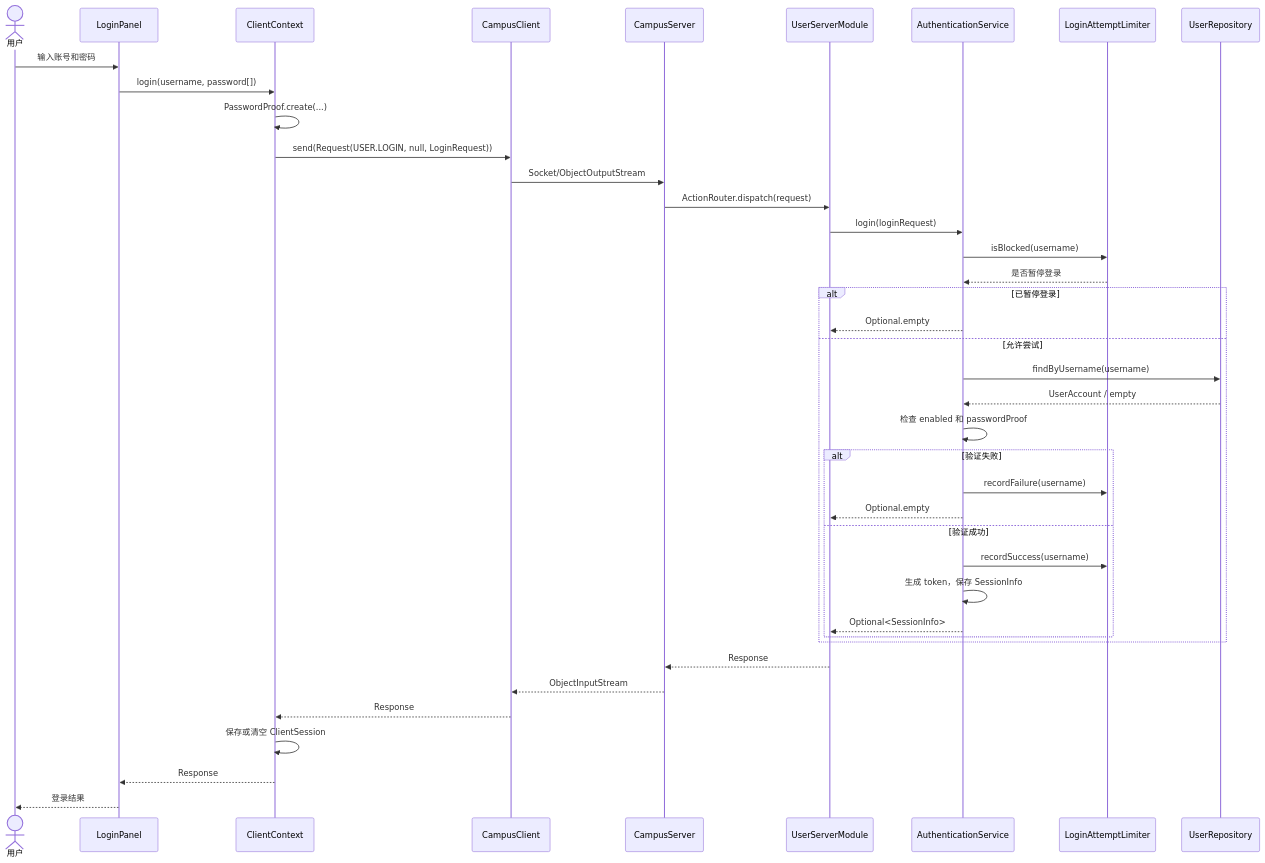
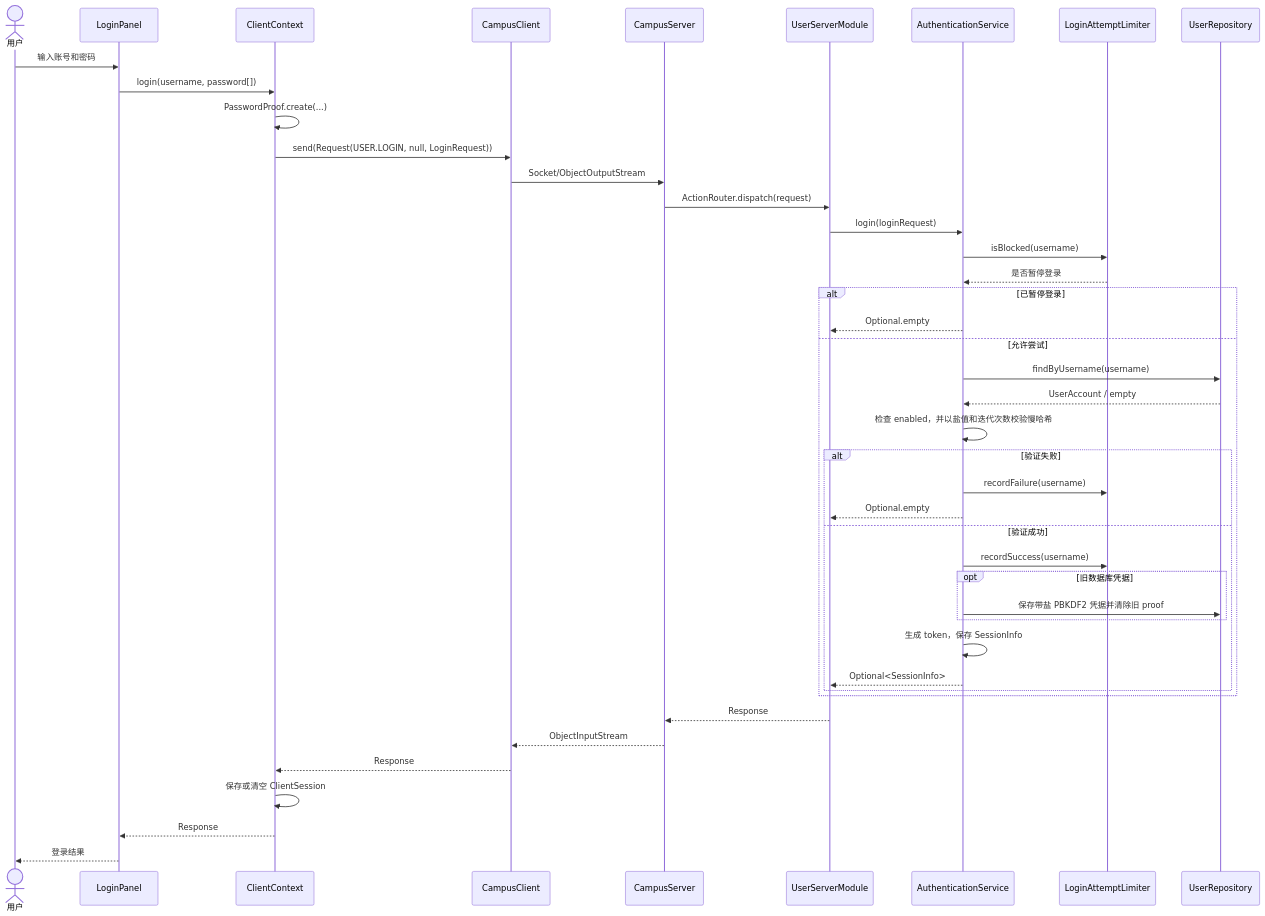
The third of 6 diagrams in docs/design/SOFTWARE_DESIGN_SPECIFICATION.md (qlaxyy/JAVA-Campus-software), drawn with Mermaid before and after one commit. The commit also changed other lines of this file and 10 other files, not shown here.

````diff
--- a/docs/design/SOFTWARE_DESIGN_SPECIFICATION.md
+++ b/docs/design/SOFTWARE_DESIGN_SPECIFICATION.md
@@ -297,43 +297,46 @@
 ```mermaid
 sequenceDiagram
     actor User as 用户
     participant UI as LoginPanel
     participant CC as ClientContext
     participant NC as CampusClient
     participant CS as CampusServer
     participant UM as UserServerModule
     participant AS as AuthenticationService
     participant AL as LoginAttemptLimiter
     participant UR as UserRepository
 
     User->>UI: 输入账号和密码
     UI->>CC: login(username, password[])
     CC->>CC: PasswordProof.create(...)
     CC->>NC: send(Request(USER.LOGIN, null, LoginRequest))
     NC->>CS: Socket/ObjectOutputStream
     CS->>UM: ActionRouter.dispatch(request)
     UM->>AS: login(loginRequest)
     AS->>AL: isBlocked(username)
     AL-->>AS: 是否暂停登录
     alt 已暂停登录
         AS-->>UM: Optional.empty
     else 允许尝试
         AS->>UR: findByUsername(username)
         UR-->>AS: UserAccount / empty
-        AS->>AS: 检查 enabled 和 passwordProof
+        AS->>AS: 检查 enabled，并以盐值和迭代次数校验慢哈希
         alt 验证失败
             AS->>AL: recordFailure(username)
             AS-->>UM: Optional.empty
         else 验证成功
             AS->>AL: recordSuccess(username)
+            opt 旧数据库凭据
+                AS->>UR: 保存带盐 PBKDF2 凭据并清除旧 proof
+            end
             AS->>AS: 生成 token，保存 SessionInfo
             AS-->>UM: Optional<SessionInfo>
         end
     end
     UM-->>CS: Response
     CS-->>NC: ObjectInputStream
     NC-->>CC: Response
     CC->>CC: 保存或清空 ClientSession
     CC-->>UI: Response
     UI-->>User: 登录结果
 ```
````
